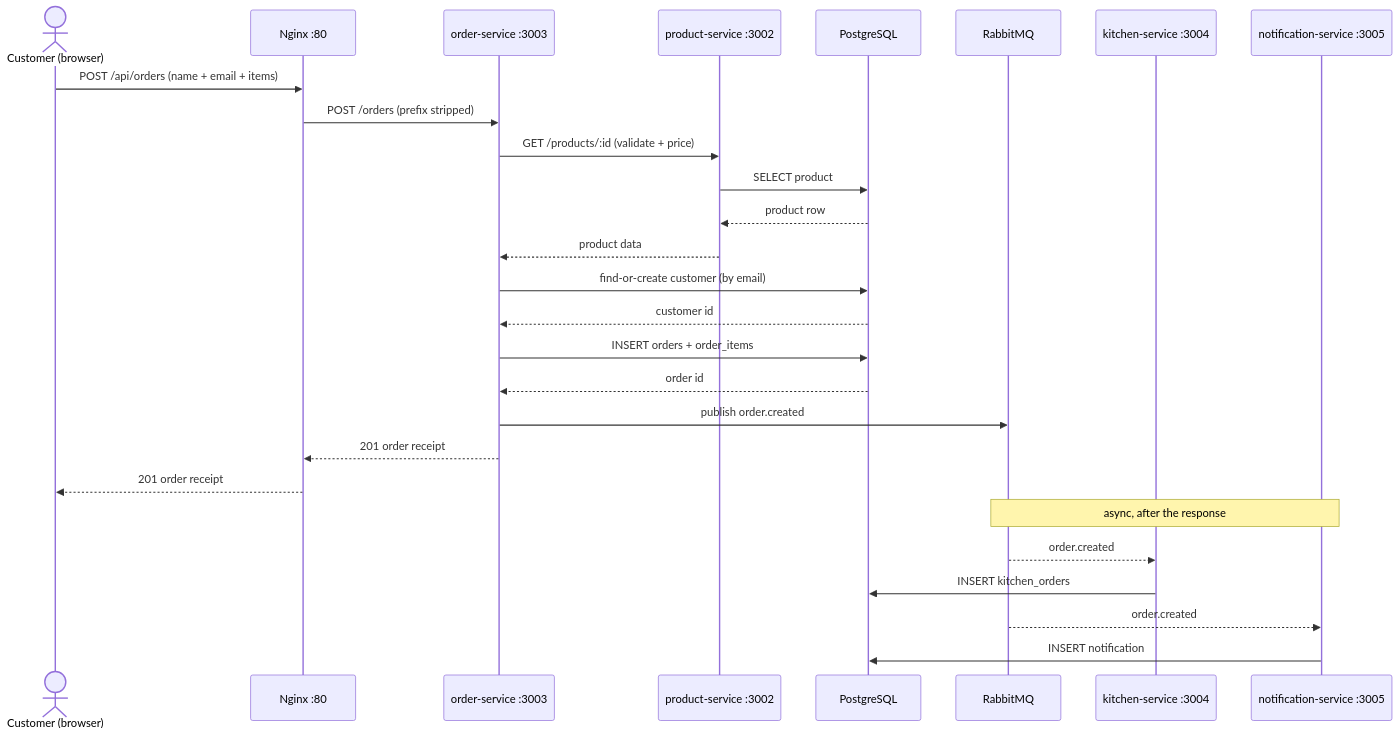
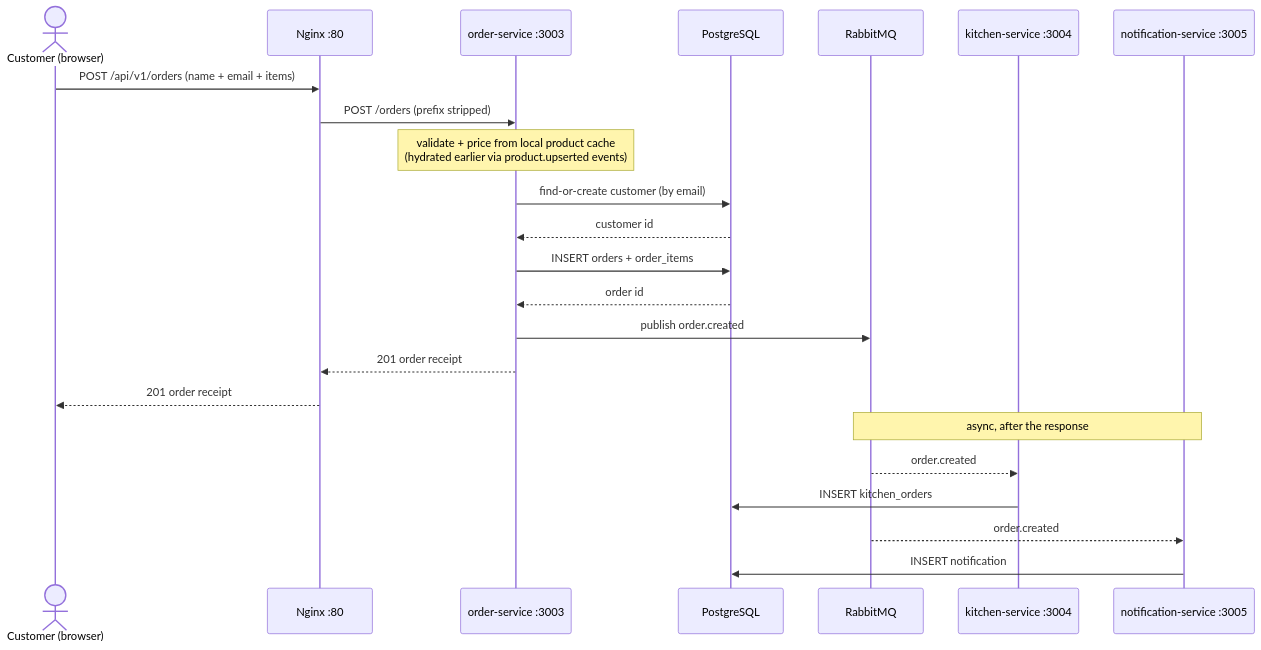
Before and after one commit to jennifermhansson/examination4: the second of 2 diagrams in docs/architecture.md, drawn with Mermaid. The commit also changed other lines of this file and 51 other files, not shown here.

````diff
--- a/docs/architecture.md
+++ b/docs/architecture.md
@@ -65,30 +68,26 @@
 ```mermaid
 sequenceDiagram
     actor U as Customer (browser)
     participant N as Nginx :80
     participant O as order-service :3003
-    participant P as product-service :3002
     participant DB as PostgreSQL
     participant MQ as RabbitMQ
     participant K as kitchen-service :3004
     participant Nt as notification-service :3005
 
-    U->>N: POST /api/orders (name + email + items)
+    U->>N: POST /api/v1/orders (name + email + items)
     N->>O: POST /orders (prefix stripped)
-    O->>P: GET /products/:id (validate + price)
-    P->>DB: SELECT product
-    DB-->>P: product row
-    P-->>O: product data
+    Note over O: validate + price from local product cache<br/>(hydrated earlier via product.upserted events)
     O->>DB: find-or-create customer (by email)
     DB-->>O: customer id
     O->>DB: INSERT orders + order_items
     DB-->>O: order id
     O->>MQ: publish order.created
     O-->>N: 201 order receipt
     N-->>U: 201 order receipt
     Note over MQ,Nt: async, after the response
     MQ-->>K: order.created
     K->>DB: INSERT kitchen_orders
     MQ-->>Nt: order.created
     Nt->>DB: INSERT notification
 ```
````
